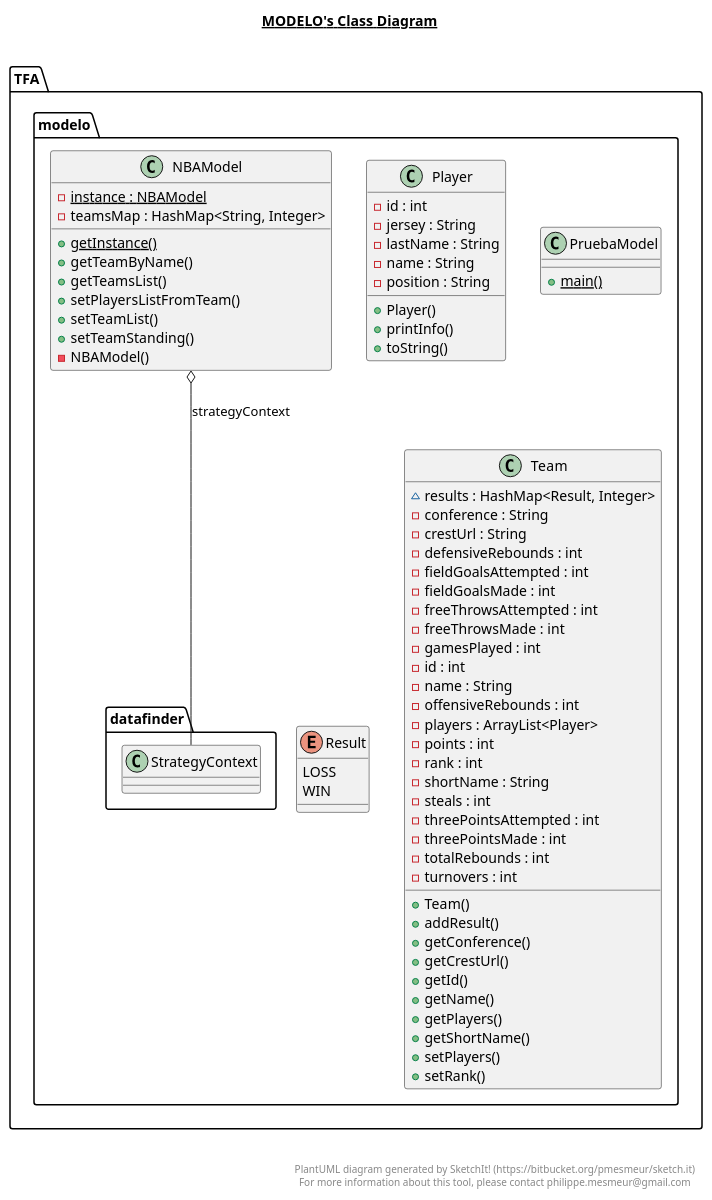
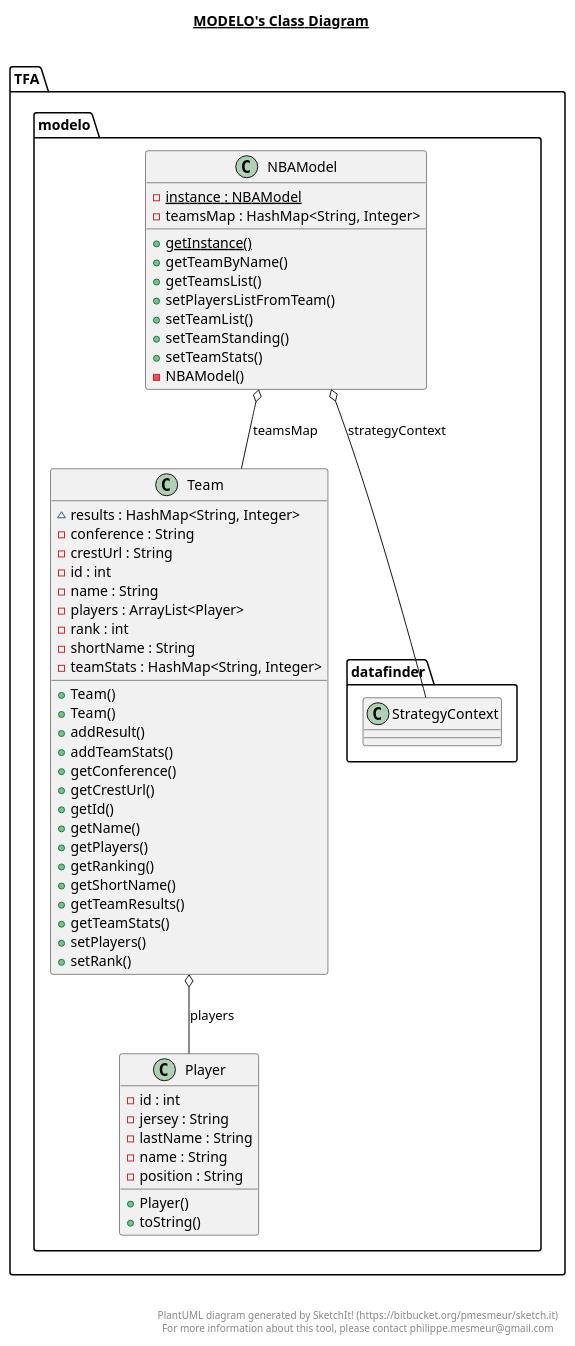
One commit to Diegodmbot/ULL-DAP-TrabajoFinalNBA changed the diagram in src/TFA/modelo/modelo.plantuml. Above: the diagram before and after it, drawn with PlantUML. The commit also changed 16 other files, not shown here.

```diff
--- a/src/TFA/modelo/modelo.plantuml
+++ b/src/TFA/modelo/modelo.plantuml
@@ -1,106 +1,82 @@
 @startuml
 
 title __MODELO's Class Diagram__\n
 
   namespace TFA {
     namespace modelo {
       class TFA.modelo.NBAModel {
           {static} - instance : NBAModel
           - teamsMap : HashMap<String, Integer>
           {static} + getInstance()
           + getTeamByName()
           + getTeamsList()
           + setPlayersListFromTeam()
           + setTeamList()
           + setTeamStanding()
+          + setTeamStats()
           - NBAModel()
       }
     }
   }
   
 
   namespace TFA {
     namespace modelo {
       class TFA.modelo.Player {
           - id : int
           - jersey : String
           - lastName : String
           - name : String
           - position : String
           + Player()
-          + printInfo()
           + toString()
       }
     }
   }
   
 
   namespace TFA {
     namespace modelo {
-      class TFA.modelo.PruebaModel {
-          {static} + main()
-      }
-    }
-  }
-  
-
-  namespace TFA {
-    namespace modelo {
-      enum Result {
-        LOSS
-        WIN
-      }
-    }
-  }
-  
-
-  namespace TFA {
-    namespace modelo {
       class TFA.modelo.Team {
-          ~ results : HashMap<Result, Integer>
+          ~ results : HashMap<String, Integer>
           - conference : String
           - crestUrl : String
-          - defensiveRebounds : int
-          - fieldGoalsAttempted : int
-          - fieldGoalsMade : int
-          - freeThrowsAttempted : int
-          - freeThrowsMade : int
-          - gamesPlayed : int
           - id : int
           - name : String
-          - offensiveRebounds : int
           - players : ArrayList<Player>
-          - points : int
           - rank : int
           - shortName : String
-          - steals : int
-          - threePointsAttempted : int
-          - threePointsMade : int
-          - totalRebounds : int
-          - turnovers : int
+          - teamStats : HashMap<String, Integer>
+          + Team()
           + Team()
           + addResult()
+          + addTeamStats()
           + getConference()
           + getCrestUrl()
           + getId()
           + getName()
           + getPlayers()
+          + getRanking()
           + getShortName()
+          + getTeamResults()
+          + getTeamStats()
           + setPlayers()
           + setRank()
       }
     }
   }
   
 
   TFA.modelo.NBAModel o-- TFA.modelo.datafinder.StrategyContext : strategyContext
+  TFA.modelo.Team o-- TFA.modelo.Player : players
+    TFA.modelo.NBAModel o-- TFA.modelo.Team : teamsMap
 
 
 right footer
 
 
 PlantUML diagram generated by SketchIt! (https://bitbucket.org/pmesmeur/sketch.it)
 For more information about this tool, please contact philippe.mesmeur@gmail.com
 endfooter
 
 @enduml
```
